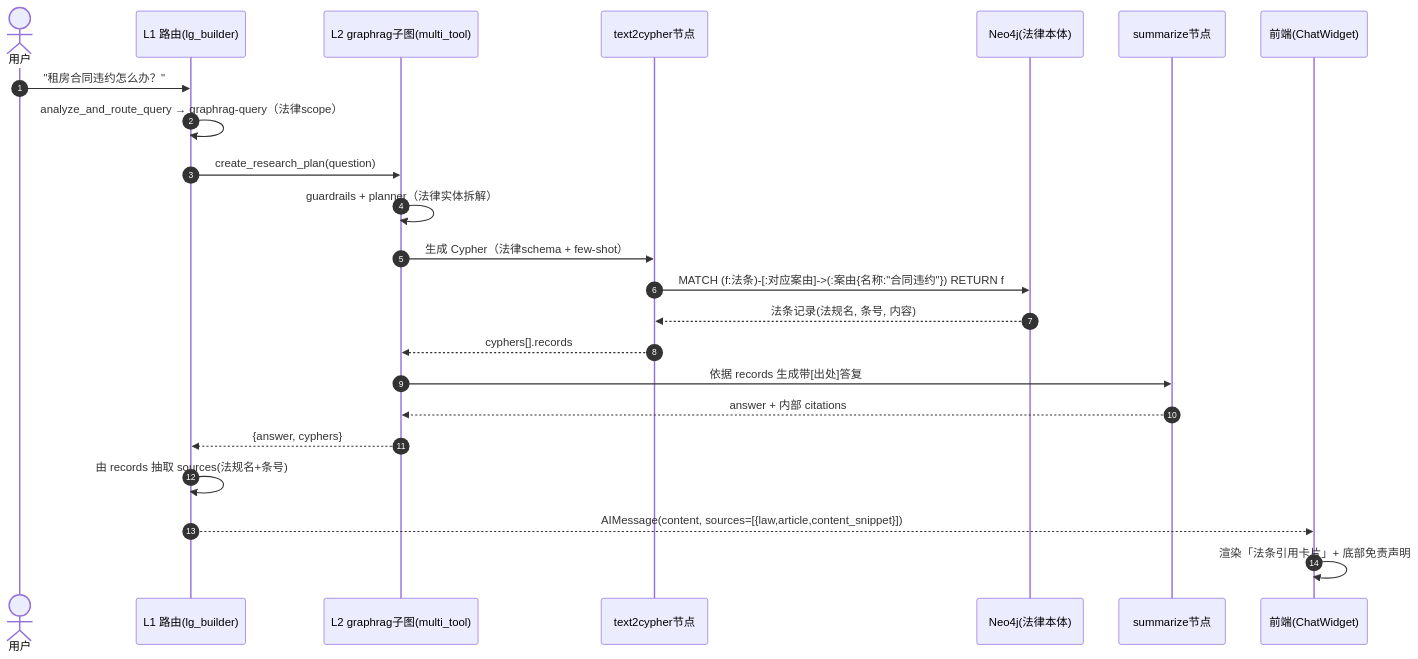
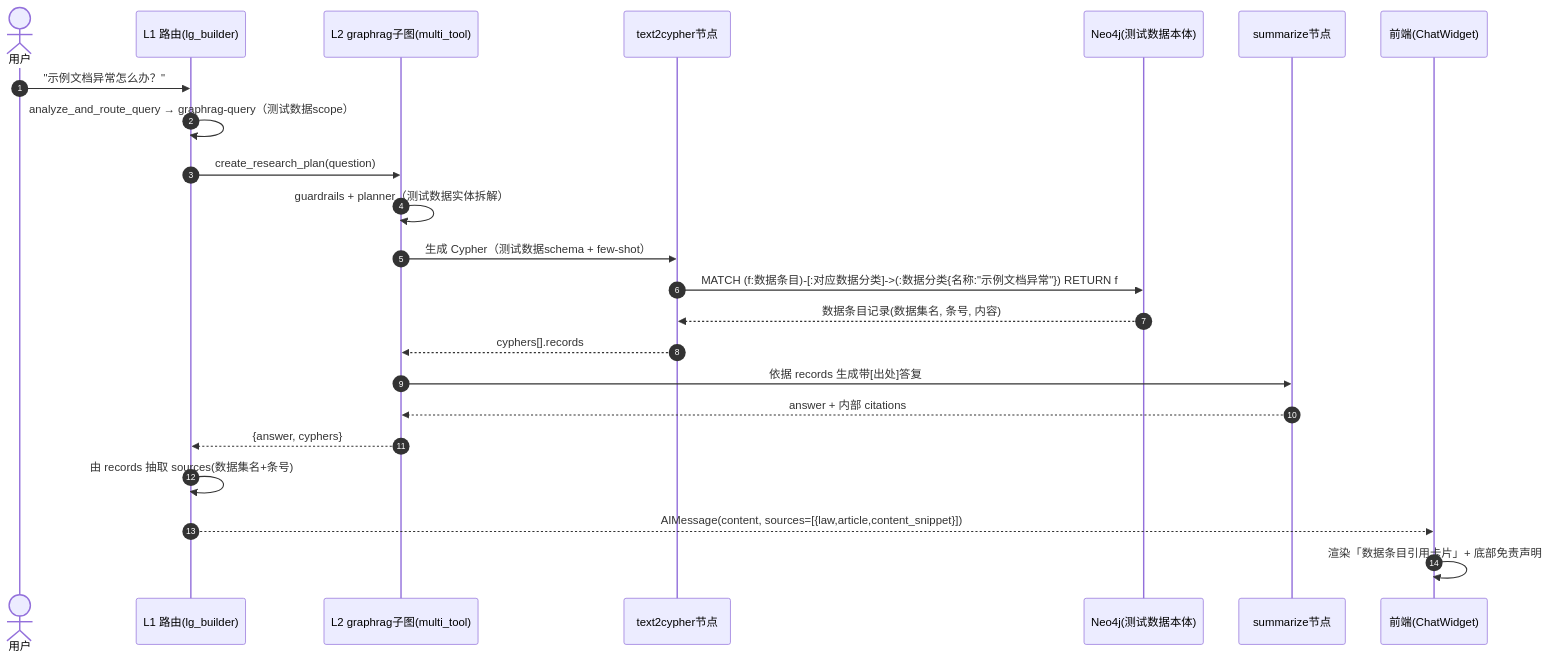
The second of 3 diagrams in docs/design/design-legal-domain.md (Jia-Yihao/My-Agentix), drawn with Mermaid before and after one commit. The commit also changed other lines of this file and 197 other files, not shown here.

````diff
--- a/docs/design/design-legal-domain.md
+++ b/docs/design/design-legal-domain.md
@@ -190,26 +192,26 @@
 ```mermaid
 sequenceDiagram
     autonumber
     actor U as 用户
     participant L1 as L1 路由(lg_builder)
     participant L2 as L2 graphrag子图(multi_tool)
     participant TC as text2cypher节点
-    participant N4 as Neo4j(法律本体)
+    participant N4 as Neo4j(测试数据本体)
     participant SUM as summarize节点
     participant FE as 前端(ChatWidget)
 
-    U->>L1: "租房合同违约怎么办？"
-    L1->>L1: analyze_and_route_query → graphrag-query（法律scope）
+    U->>L1: "示例文档异常怎么办？"
+    L1->>L1: analyze_and_route_query → graphrag-query（测试数据scope）
     L1->>L2: create_research_plan(question)
-    L2->>L2: guardrails + planner（法律实体拆解）
-    L2->>TC: 生成 Cypher（法律schema + few-shot）
-    TC->>N4: MATCH (f:法条)-[:对应案由]->(:案由{名称:"合同违约"}) RETURN f
-    N4-->>TC: 法条记录(法规名, 条号, 内容)
+    L2->>L2: guardrails + planner（测试数据实体拆解）
+    L2->>TC: 生成 Cypher（测试数据schema + few-shot）
+    TC->>N4: MATCH (f:数据条目)-[:对应数据分类]->(:数据分类{名称:"示例文档异常"}) RETURN f
+    N4-->>TC: 数据条目记录(数据集名, 条号, 内容)
     TC-->>L2: cyphers[].records
     L2->>SUM: 依据 records 生成带[出处]答复
     SUM-->>L2: answer + 内部 citations
     L2-->>L1: {answer, cyphers}
-    L1->>L1: 由 records 抽取 sources(法规名+条号)
+    L1->>L1: 由 records 抽取 sources(数据集名+条号)
     L1-->>FE: AIMessage(content, sources=[{law,article,content_snippet}])
-    FE->>FE: 渲染「法条引用卡片」+ 底部免责声明
+    FE->>FE: 渲染「数据条目引用卡片」+ 底部免责声明
 ```
````
